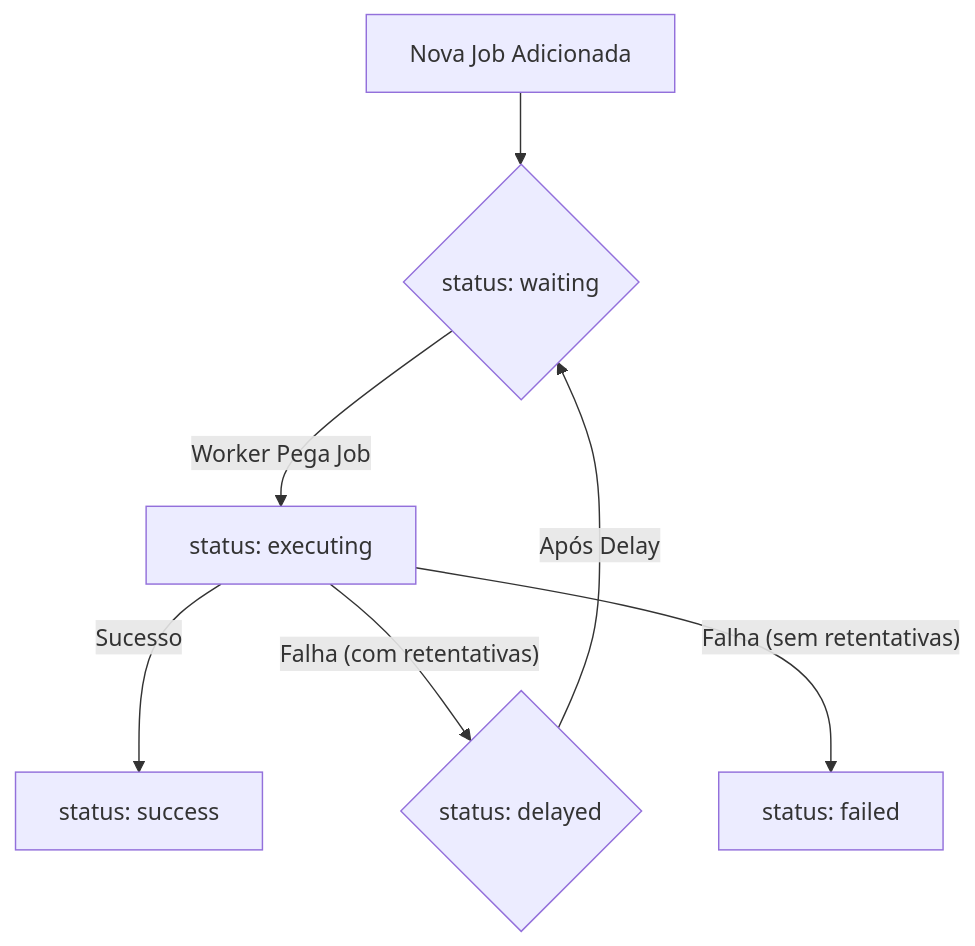
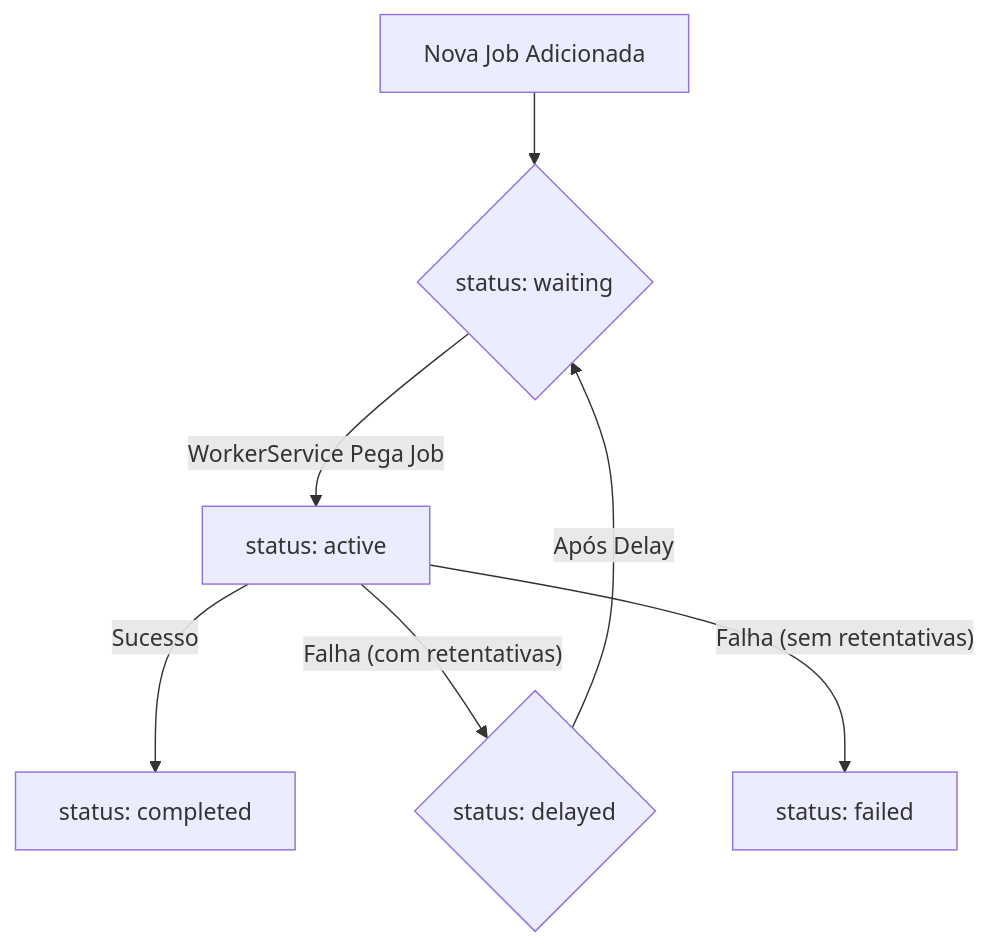
One commit to HD220/project-wiz changed the second of 4 diagrams in docs/technical-documentation/01-architecture.md. Above: the diagram before and after it, drawn with Mermaid. The commit also changed other lines of this file and 109 other files, not shown here.

````diff
--- a/docs/technical-documentation/01-architecture.md
+++ b/docs/technical-documentation/01-architecture.md
@@ -140,9 +161,9 @@
 ```mermaid
 graph TD
     NewJob[Nova Job Adicionada] --> WaitingQueue{status: waiting};
-    WaitingQueue -- Worker Pega Job --> ExecutingJob[status: executing];
-    ExecutingJob -- Sucesso --> SuccessState[status: success];
+    WaitingQueue -- WorkerService Pega Job --> ExecutingJob[status: active];
+    ExecutingJob -- Sucesso --> SuccessState[status: completed];
     ExecutingJob -- Falha (com retentativas) --> DelayedState{status: delayed};
     ExecutingJob -- Falha (sem retentativas) --> FailedState[status: failed];
     DelayedState -- Após Delay --> WaitingQueue;
 ```
````
